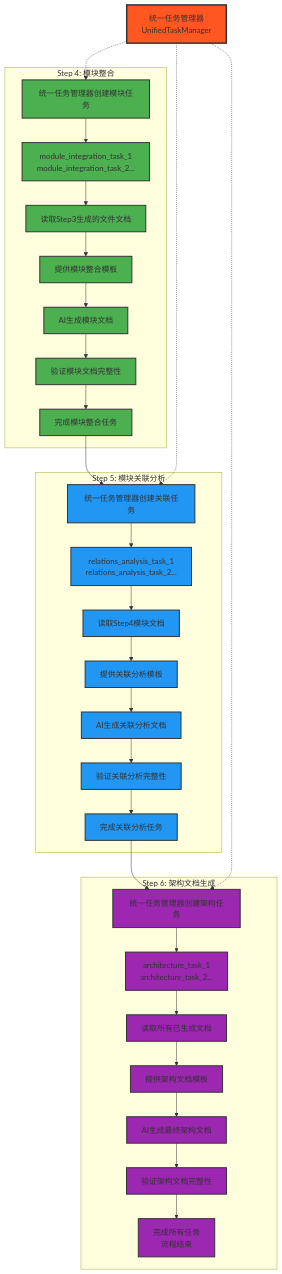
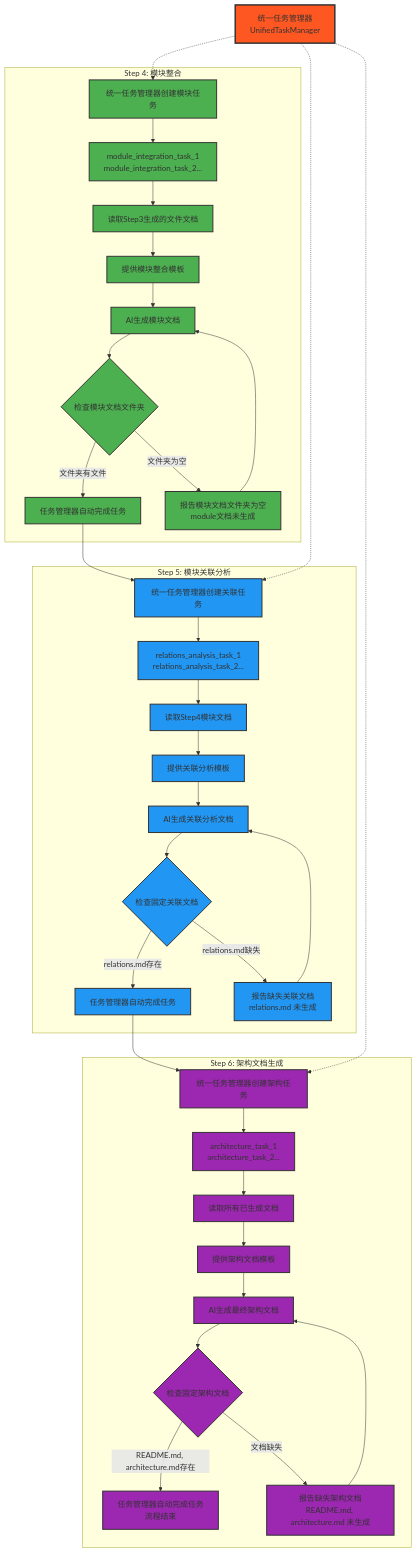
One commit to MGX-LJY/mg_kiro_mcp changed the fifth of 7 diagrams in MG_KIRO_Refactored_Workflow_Design.md. Above: the diagram before and after it, drawn with Mermaid. The commit also changed other lines of this file, not shown here.

````diff
--- a/MG_KIRO_Refactored_Workflow_Design.md
+++ b/MG_KIRO_Refactored_Workflow_Design.md
@@ -164,52 +164,58 @@
 ```mermaid
 graph TB
     subgraph "Step 4: 模块整合"
         A1[统一任务管理器创建模块任务]
         A1 --> A2[module_integration_task_1<br/>module_integration_task_2...]
         A2 --> A3[读取Step3生成的文件文档]
         A3 --> A4[提供模块整合模板]
         A4 --> A5[AI生成模块文档]
-        A5 --> A6[验证模块文档完整性]
-        A6 --> A7[完成模块整合任务]
+        A5 --> A6{检查模块文档文件夹}
+        A6 -->|文件夹有文件| A7[任务管理器自动完成任务]
+        A6 -->|文件夹为空| A8[报告模块文档文件夹为空<br/>module文档未生成]
+        A8 --> A5
     end
     
     subgraph "Step 5: 模块关联分析"
         B1[统一任务管理器创建关联任务]
         B1 --> B2[relations_analysis_task_1<br/>relations_analysis_task_2...]
         B2 --> B3[读取Step4模块文档]
         B3 --> B4[提供关联分析模板]
         B4 --> B5[AI生成关联分析文档]
-        B5 --> B6[验证关联分析完整性]
-        B6 --> B7[完成关联分析任务]
+        B5 --> B6{检查固定关联文档}
+        B6 -->|relations.md存在| B7[任务管理器自动完成任务]
+        B6 -->|relations.md缺失| B8[报告缺失关联文档<br/>relations.md 未生成]
+        B8 --> B5
     end
     
     subgraph "Step 6: 架构文档生成"
         C1[统一任务管理器创建架构任务]
         C1 --> C2[architecture_task_1<br/>architecture_task_2...]
         C2 --> C3[读取所有已生成文档]
         C3 --> C4[提供架构文档模板]
         C4 --> C5[AI生成最终架构文档]
-        C5 --> C6[验证架构文档完整性]
-        C6 --> C7[完成所有任务<br/>流程结束]
+        C5 --> C6{检查固定架构文档}
+        C6 -->|README.md, architecture.md存在| C7[任务管理器自动完成任务<br/>流程结束]
+        C6 -->|文档缺失| C8[报告缺失架构文档<br/>README.md, architecture.md 未生成]
+        C8 --> C5
     end
     
     A7 --> B1
     B7 --> C1
     
     %% 统一任务管理器
     D[统一任务管理器<br/>UnifiedTaskManager]
     D -.-> A1
     D -.-> B1
     D -.-> C1
     
     %% 样式
     classDef taskManager fill:#ff5722,stroke:#333,stroke-width:3px
     classDef step4 fill:#4caf50,stroke:#333,stroke-width:2px
     classDef step5 fill:#2196f3,stroke:#333,stroke-width:2px
     classDef step6 fill:#9c27b0,stroke:#333,stroke-width:2px
     
     class D taskManager
-    class A1,A2,A3,A4,A5,A6,A7 step4
-    class B1,B2,B3,B4,B5,B6,B7 step5
-    class C1,C2,C3,C4,C5,C6,C7 step6
+    class A1,A2,A3,A4,A5,A6,A7,A8 step4
+    class B1,B2,B3,B4,B5,B6,B7,B8 step5
+    class C1,C2,C3,C4,C5,C6,C7,C8 step6
 ```
````
